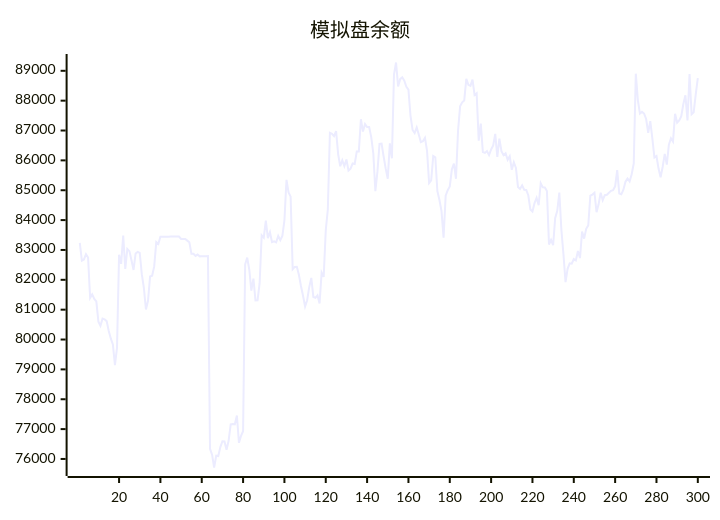
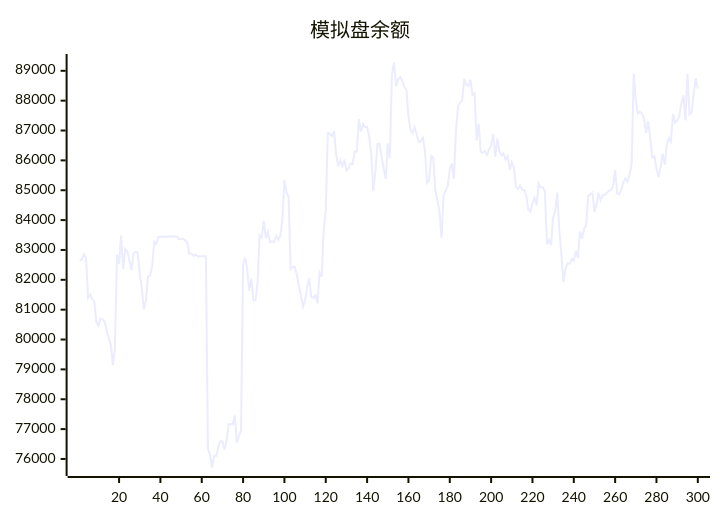
The diagram in README.md (aahl/ai-trading), drawn with Mermaid before and after one commit. The commit also changed other lines of this file and 1 other file, not shown here.

````diff
--- a/README.md
+++ b/README.md
@@ -5,5 +5,5 @@
 ```mermaid
 xychart
     title "模拟盘余额"
-    line [83235,82642,82682,82858,82746,81396,81512,81362,81277,80600,80461,80699,80673,80616,80288,80038,79836,79142,79722,82837,82533,83480,82366,83032,82960,82654,82330,82883,82934,82901,82188,81728,81005,81298,82110,82135,82449,83264,83203,83440,83439,83440,83440,83446,83447,83448,83447,83448,83449,83369,83369,83369,83313,83256,82872,82873,82801,82844,82785,82791,82791,82793,82794,76339,76145,75714,76110,76096,76397,76594,76585,76310,76607,77160,77170,77160,77456,76541,76774,76927,82520,82744,82337,81639,82040,81307,81314,81887,83490,83414,83984,83396,83594,83261,83287,83253,83470,83327,83465,83987,85348,84930,84786,82355,82433,82438,82167,81795,81466,81105,81315,81756,82064,81426,81398,81481,81210,82242,82099,83658,84359,86925,86892,86814,86980,86203,85802,86003,85811,86028,85657,85721,85896,85880,86300,86299,87378,86965,87214,87115,87118,86780,86238,84966,85623,86555,86562,86129,85722,85387,86569,86070,88870,89278,88477,88720,88781,88668,88467,88372,87493,87018,86917,87102,86870,86613,86644,86758,86317,85242,85334,86149,86106,84968,84671,84302,83410,84816,85001,85127,85693,85891,85384,87001,87811,87945,88007,88734,88528,88495,88705,88189,88248,86662,87234,86279,86251,86314,86177,86364,86503,86886,86114,86731,86310,86176,86240,86017,86136,85685,85938,85749,85111,85044,85164,85016,85008,84824,84354,84287,84572,84745,84500,85234,85096,85095,84970,83180,83338,83157,84070,84309,84922,83667,82850,81924,82369,82552,82539,82695,82648,82962,82728,83619,83378,83710,83825,84819,84854,84917,84265,84527,84919,84668,84834,84850,84916,84981,85004,85131,85674,84891,84864,85019,85284,85393,85294,85538,85894,88904,88012,87567,87625,87568,87386,86920,87313,86737,86094,86143,85725,85437,85787,86219,85859,86526,86740,86630,87563,87264,87335,87483,87886,88180,87335,88894,87544,87608,88207,88755]
+    line [82642,82682,82858,82746,81396,81512,81362,81277,80600,80461,80699,80673,80616,80288,80038,79836,79142,79722,82837,82533,83480,82366,83032,82960,82654,82330,82883,82934,82901,82188,81728,81005,81298,82110,82135,82449,83264,83203,83440,83439,83440,83440,83446,83447,83448,83447,83448,83449,83369,83369,83369,83313,83256,82872,82873,82801,82844,82785,82791,82791,82793,82794,76339,76145,75714,76110,76096,76397,76594,76585,76310,76607,77160,77170,77160,77456,76541,76774,76927,82520,82744,82337,81639,82040,81307,81314,81887,83490,83414,83984,83396,83594,83261,83287,83253,83470,83327,83465,83987,85348,84930,84786,82355,82433,82438,82167,81795,81466,81105,81315,81756,82064,81426,81398,81481,81210,82242,82099,83658,84359,86925,86892,86814,86980,86203,85802,86003,85811,86028,85657,85721,85896,85880,86300,86299,87378,86965,87214,87115,87118,86780,86238,84966,85623,86555,86562,86129,85722,85387,86569,86070,88870,89278,88477,88720,88781,88668,88467,88372,87493,87018,86917,87102,86870,86613,86644,86758,86317,85242,85334,86149,86106,84968,84671,84302,83410,84816,85001,85127,85693,85891,85384,87001,87811,87945,88007,88734,88528,88495,88705,88189,88248,86662,87234,86279,86251,86314,86177,86364,86503,86886,86114,86731,86310,86176,86240,86017,86136,85685,85938,85749,85111,85044,85164,85016,85008,84824,84354,84287,84572,84745,84500,85234,85096,85095,84970,83180,83338,83157,84070,84309,84922,83667,82850,81924,82369,82552,82539,82695,82648,82962,82728,83619,83378,83710,83825,84819,84854,84917,84265,84527,84919,84668,84834,84850,84916,84981,85004,85131,85674,84891,84864,85019,85284,85393,85294,85538,85894,88904,88012,87567,87625,87568,87386,86920,87313,86737,86094,86143,85725,85437,85787,86219,85859,86526,86740,86630,87563,87264,87335,87483,87886,88180,87335,88894,87544,87608,88207,88755,88401]
 ```
````
